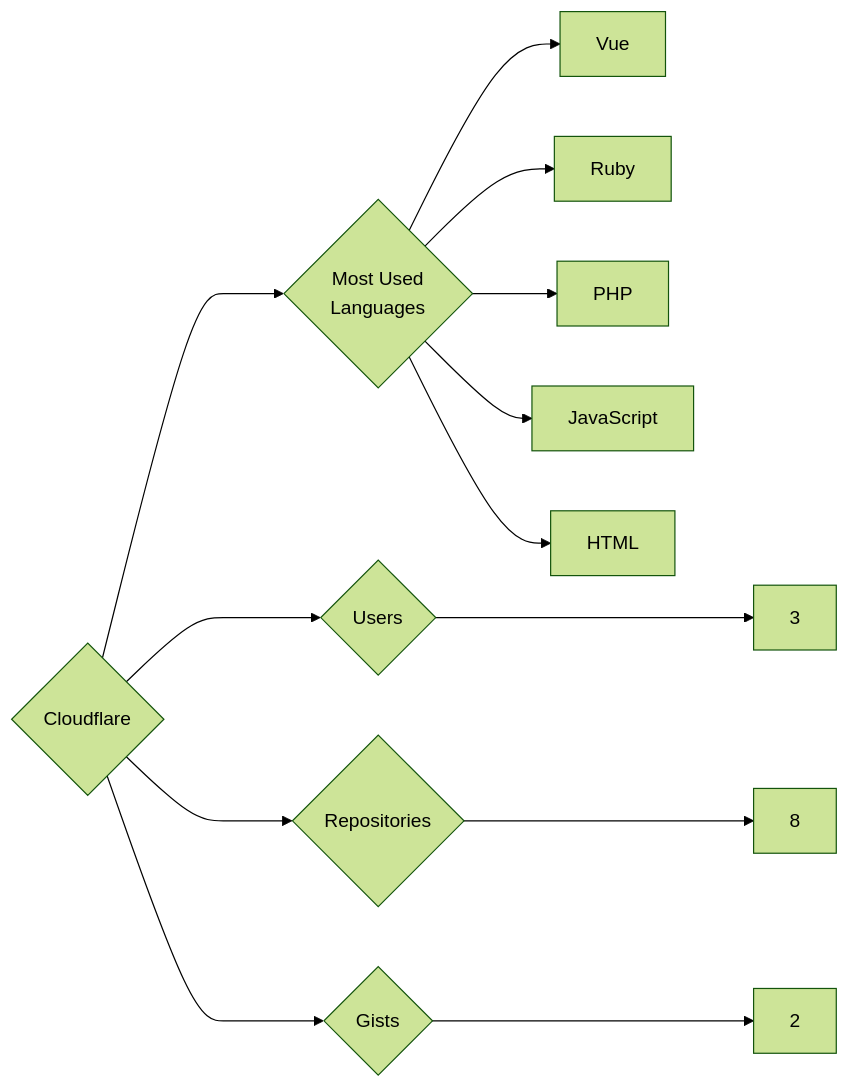
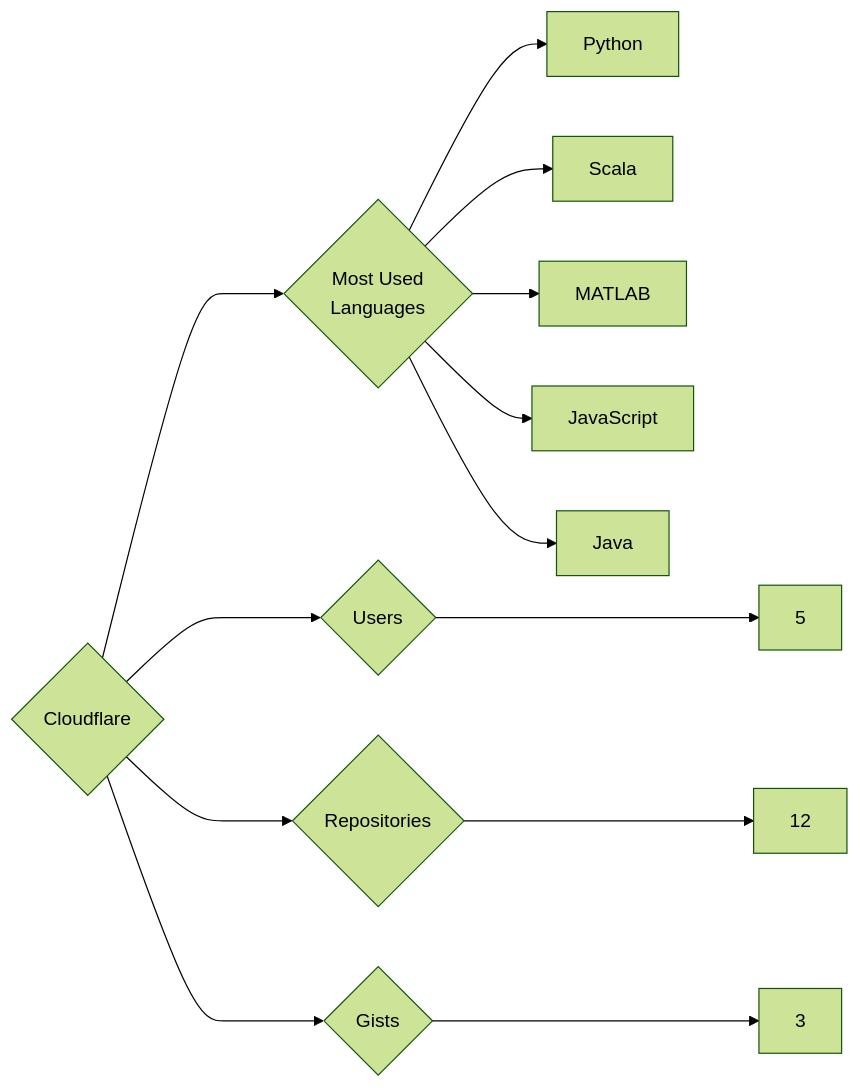
One commit to trickest/insiders changed the diagram in targets/Cloudflare/README.md. Above: the diagram before and after it, drawn with Mermaid (forest theme). The commit also changed 1149 other files, not shown here.

````diff
--- a/targets/Cloudflare/README.md
+++ b/targets/Cloudflare/README.md
@@ -3,13 +3,13 @@
 ```mermaid
 graph LR
 COMPANY_NAME{Cloudflare}
-COMPANY_NAME ---> U{Users} ---> UN[3]
-COMPANY_NAME ---> R{Repositories} ---> RN[8]
-COMPANY_NAME ---> G{Gists} ---> GN[2]
+COMPANY_NAME ---> U{Users} ---> UN[5]
+COMPANY_NAME ---> R{Repositories} ---> RN[12]
+COMPANY_NAME ---> G{Gists} ---> GN[3]
 COMPANY_NAME ---> ML{Most Used<br>Languages}
-ML --> Vue[Vue]
-ML --> Ruby[Ruby]
-ML --> PHP[PHP]
+ML --> Python[Python]
+ML --> Scala[Scala]
+ML --> MATLAB[MATLAB]
 ML --> JavaScript[JavaScript]
-ML --> HTML[HTML]
+ML --> Java[Java]
 ```
````
